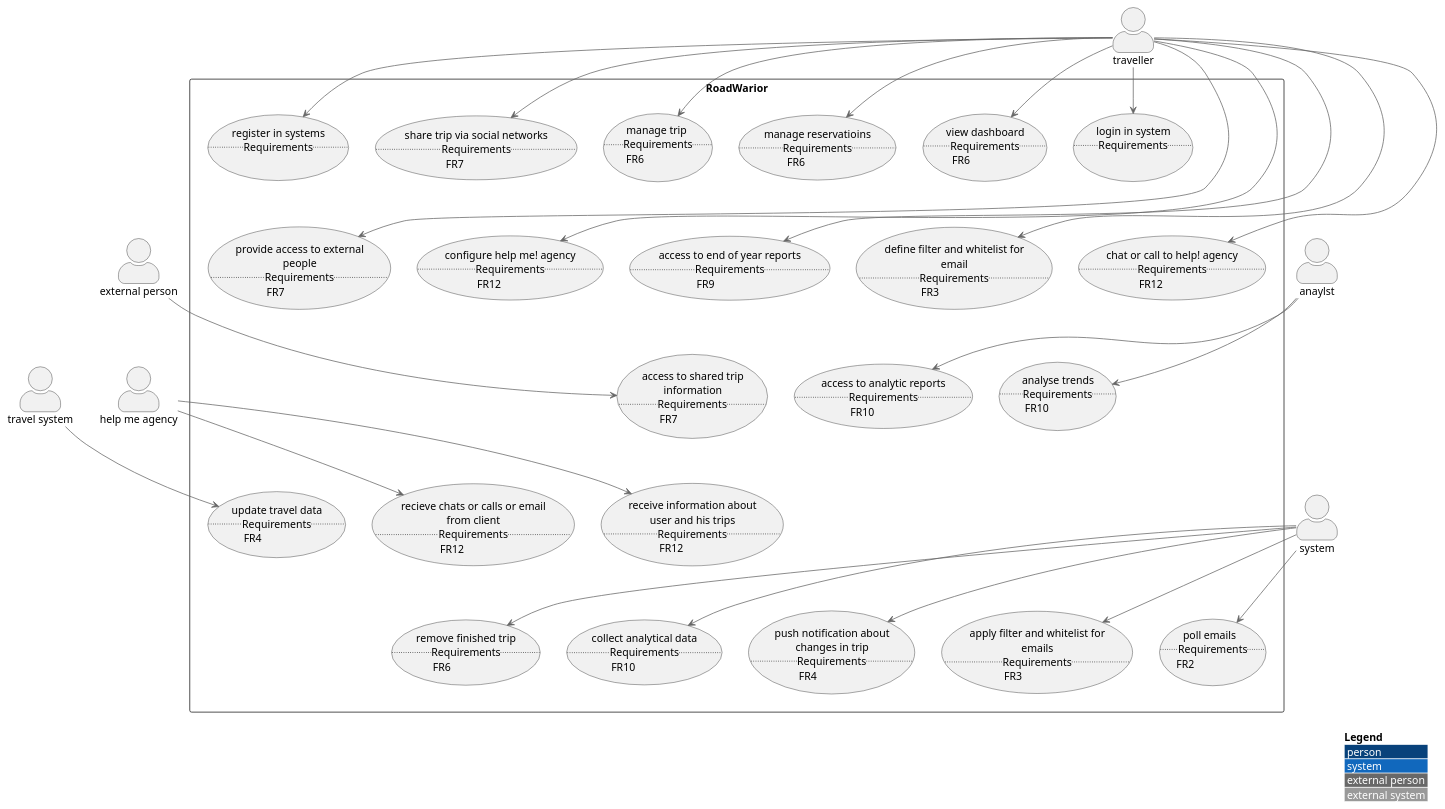
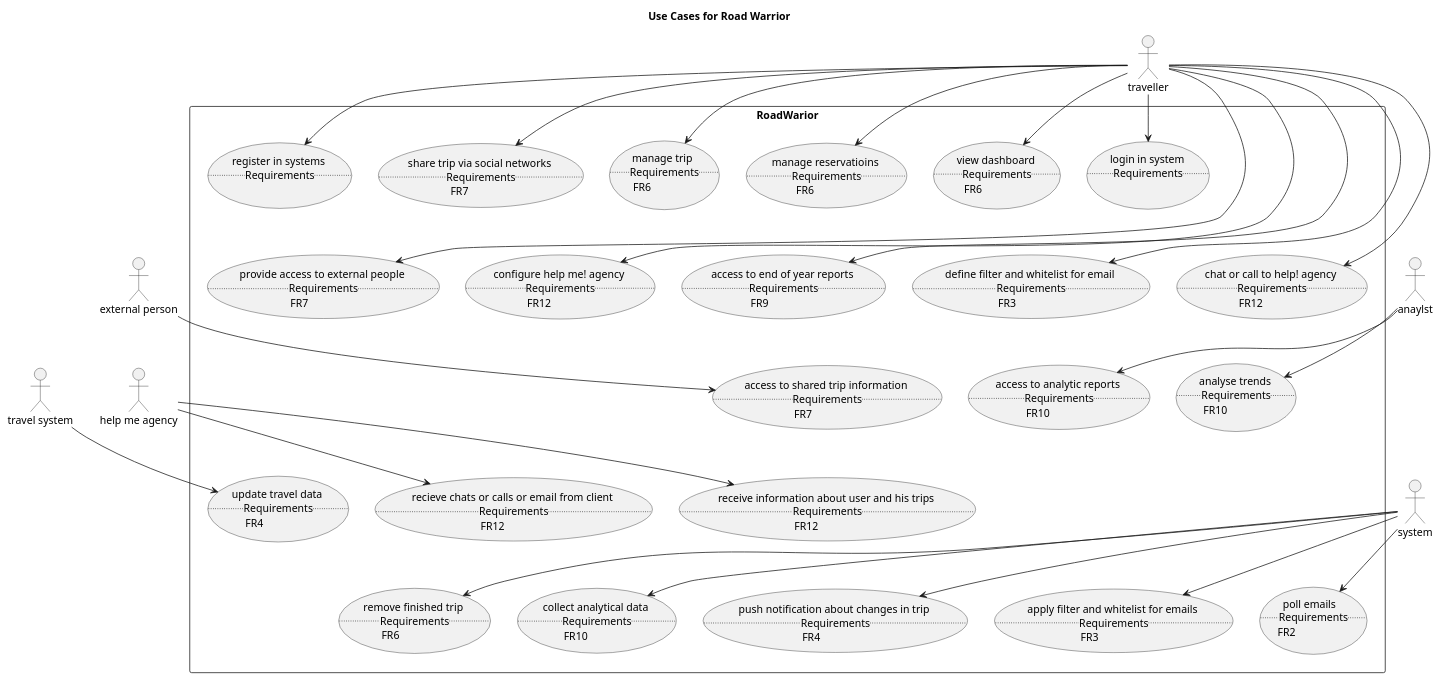
Before and after one commit to wschaef/architecture-kata-2023: the diagram in diagrams/use-cases.puml, drawn with PlantUML.

Commit message:
clean: removed c4 from usecases and added title

```diff
--- a/diagrams/use-cases.puml
+++ b/diagrams/use-cases.puml
@@ -1,88 +1,87 @@
 @startuml UseCaseOverview
-!include <C4/C4_Context>
 
-LAYOUT_WITH_LEGEND()
+title Use Cases for Road Warrior
 
 actor :traveller: as tr
 actor :external person: as ep
 actor :anaylst: as an
 actor :help me agency: as hma
 actor :travel system: as ts
 actor :system: as sy
 
 ep -[hidden]right- hma
 ts -[hidden]right- hma
 rectangle RoadWarior {
   together {
     usecase RIS as "register in systems \n..Requirements..\n"
     usecase lis as "login in system \n..Requirements..\n"
     usecase vd as "view dashboard \n..Requirements..\nFR6"
     usecase mr as "manage reservatioins \n..Requirements..\n FR6"
     usecase mt as "manage trip \n..Requirements..\n FR6"
     usecase stsn as "share trip via social networks \n..Requirements..\n FR7"
   }
   
   together {
     usecase patep as "provide access to external people \n..Requirements..\nFR7"
     usecase cmha as "configure help me! agency \n..Requirements..\nFR12"
     usecase ater as "access to end of year reports \n..Requirements..\nFR9"
     usecase dfawfe as "define filter and whitelist for email \n..Requirements..\nFR3"
     usecase coctha as "chat or call to help! agency \n..Requirements..\nFR12"
   }
   
   together {
     usecase atsti as "access to shared trip information \n..Requirements..\nFR7"
     usecase atar as "access to analytic reports \n..Requirements..\nFR10"
     usecase at as "analyse trends \n..Requirements..\nFR10"
   }
   
   together {
     usecase riauaht as "receive information about user and his trips \n..Requirements..\nFR12"
     usecase utd as "update travel data \n..Requirements..\nFR4"
     usecase rcocoefc as "recieve chats or calls or email from client \n..Requirements..\nFR12"
   }
   
   together {
     usecase pe as "poll emails \n..Requirements..\nFR2"
     usecase afawfe as "apply filter and whitelist for emails \n..Requirements..\nFR3"
     usecase pnacit as "push notification about changes in trip \n..Requirements..\nFR4"
     usecase rft as "remove finished trip \n..Requirements..\nFR6"
     usecase cad as "collect analytical data \n..Requirements..\nFR10"
   }
 }
 
 sy --> cad
 sy --> rft
 sy --> pnacit
 sy --> afawfe
 sy --> pe
 
 tr --> RIS
 tr --> lis
 tr --> vd
 tr --> mr
 tr --> mt
 tr --> stsn
 tr --> patep
 tr --> cmha
 tr --> coctha
 tr --> ater
 tr --> dfawfe
 
 ep --> atsti
 
 an --> at
 an --> atar
 
 hma --> rcocoefc
 hma --> riauaht
 
 ts --> utd
 
 'Include dependencies, so that they are not in a single line
 RIS -[hidden]- patep
 patep -[hidden]- atsti
 atsti -[hidden]- riauaht 
 riauaht -[hidden]- rft
 
 @enduml
```
